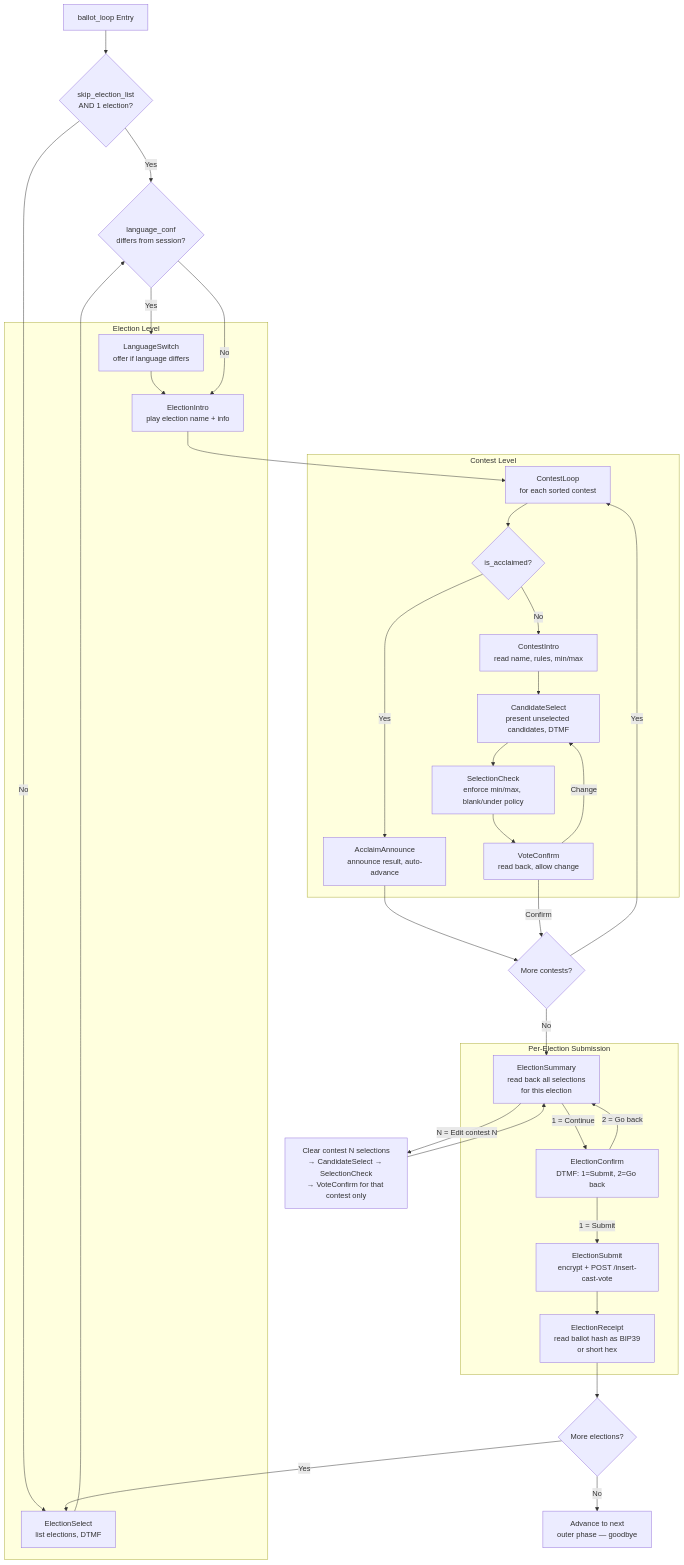
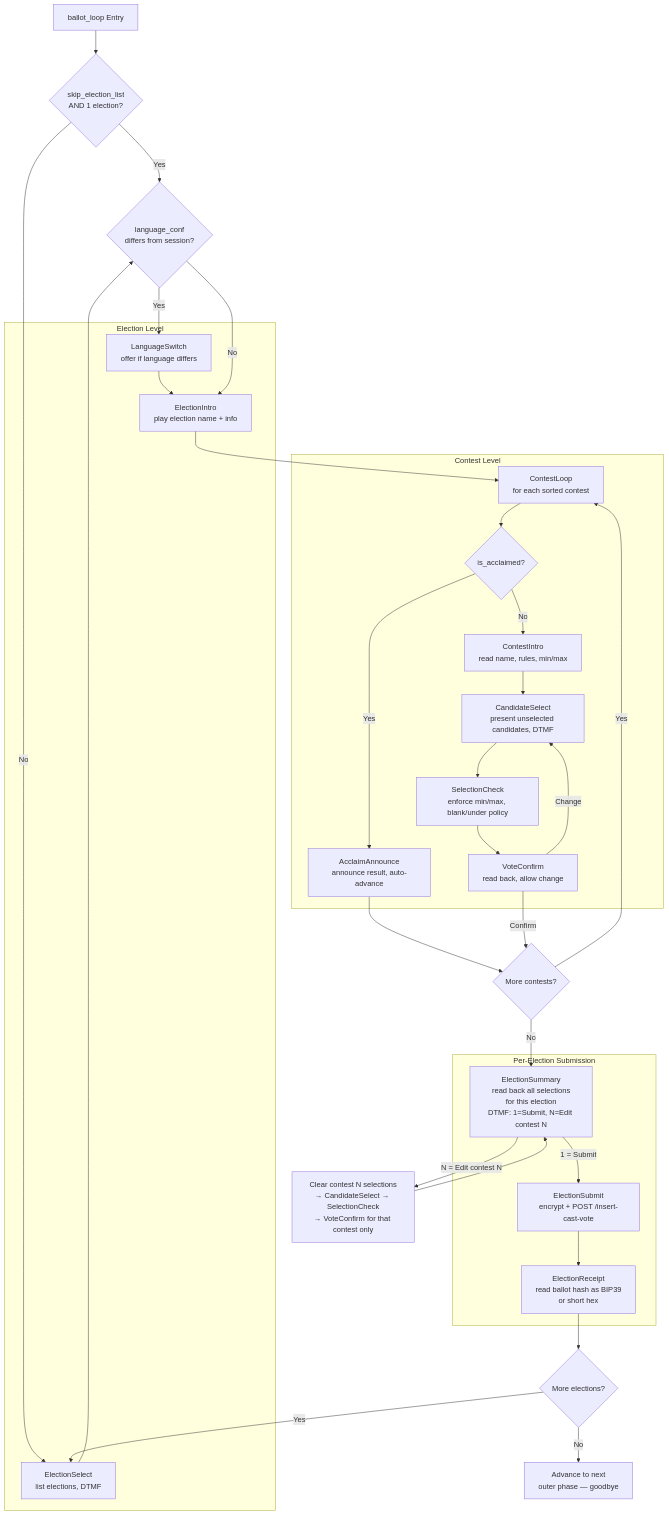
One commit to sequentech/step changed the fourth of 13 diagrams in docs/docusaurus/docs/07-developers/12-ivr/ivr-system-design.md. Above: the diagram before and after it, drawn with Mermaid. The commit also changed other lines of this file, not shown here.

````diff
--- a/docs/docusaurus/docs/07-developers/12-ivr/ivr-system-design.md
+++ b/docs/docusaurus/docs/07-developers/12-ivr/ivr-system-design.md
@@ -210,57 +206,54 @@
 ```mermaid
 flowchart TD
     Start[ballot_loop Entry] --> SkipCheck{skip_election_list<br/>AND 1 election?}
     SkipCheck -->|Yes| LangCheck
     SkipCheck -->|No| ElectionSelect
 
     subgraph ElectionLevel [Election Level]
         ElectionSelect[ElectionSelect<br/>list elections, DTMF]
         LanguageSwitch[LanguageSwitch<br/>offer if language differs]
         ElectionIntro[ElectionIntro<br/>play election name + info]
     end
 
     ElectionSelect --> LangCheck{language_conf<br/>differs from session?}
     LangCheck -->|Yes| LanguageSwitch --> ElectionIntro
     LangCheck -->|No| ElectionIntro
     ElectionIntro --> ContestLoop
 
     subgraph ContestLevel [Contest Level]
         ContestLoop[ContestLoop<br/>for each sorted contest]
         AcclaimCheck{is_acclaimed?}
         AcclaimAnnounce[AcclaimAnnounce<br/>announce result, auto-advance]
         ContestIntro[ContestIntro<br/>read name, rules, min/max]
         CandidateSelect[CandidateSelect<br/>present unselected candidates, DTMF]
         SelectionCheck[SelectionCheck<br/>enforce min/max, blank/under policy]
         VoteConfirm[VoteConfirm<br/>read back, allow change]
     end
 
     ContestLoop --> AcclaimCheck
     AcclaimCheck -->|Yes| AcclaimAnnounce --> NextContest
     AcclaimCheck -->|No| ContestIntro --> CandidateSelect
     CandidateSelect --> SelectionCheck
     SelectionCheck --> VoteConfirm
     VoteConfirm -->|Change| CandidateSelect
     VoteConfirm -->|Confirm| NextContest
 
     NextContest{More contests?}
     NextContest -->|Yes| ContestLoop
     NextContest -->|No| ElectionSummary
 
     subgraph SubmissionLevel [Per-Election Submission]
-        ElectionSummary[ElectionSummary<br/>read back all selections<br/>for this election]
-        ElectionConfirm[ElectionConfirm<br/>DTMF: 1=Submit, 2=Go back]
+        ElectionSummary[ElectionSummary<br/>read back all selections<br/>for this election<br/>DTMF: 1=Submit, N=Edit contest N]
         ElectionSubmit[ElectionSubmit<br/>encrypt + POST /insert-cast-vote]
         ElectionReceipt[ElectionReceipt<br/>read ballot hash as BIP39<br/>or short hex]
     end
 
     ElectionSummary -->|"N = Edit contest N"| EditContest[Clear contest N selections<br/>→ CandidateSelect → SelectionCheck<br/>→ VoteConfirm for that contest only]
     EditContest --> ElectionSummary
-    ElectionSummary -->|"1 = Continue"| ElectionConfirm
-    ElectionConfirm -->|"2 = Go back"| ElectionSummary
-    ElectionConfirm -->|"1 = Submit"| ElectionSubmit
+    ElectionSummary -->|"1 = Submit"| ElectionSubmit
     ElectionSubmit --> ElectionReceipt
 
     ElectionReceipt --> MoreElections{More elections?}
     MoreElections -->|Yes| ElectionSelect
     MoreElections -->|No| Done[Advance to next<br/>outer phase — goodbye]
 ```
````
